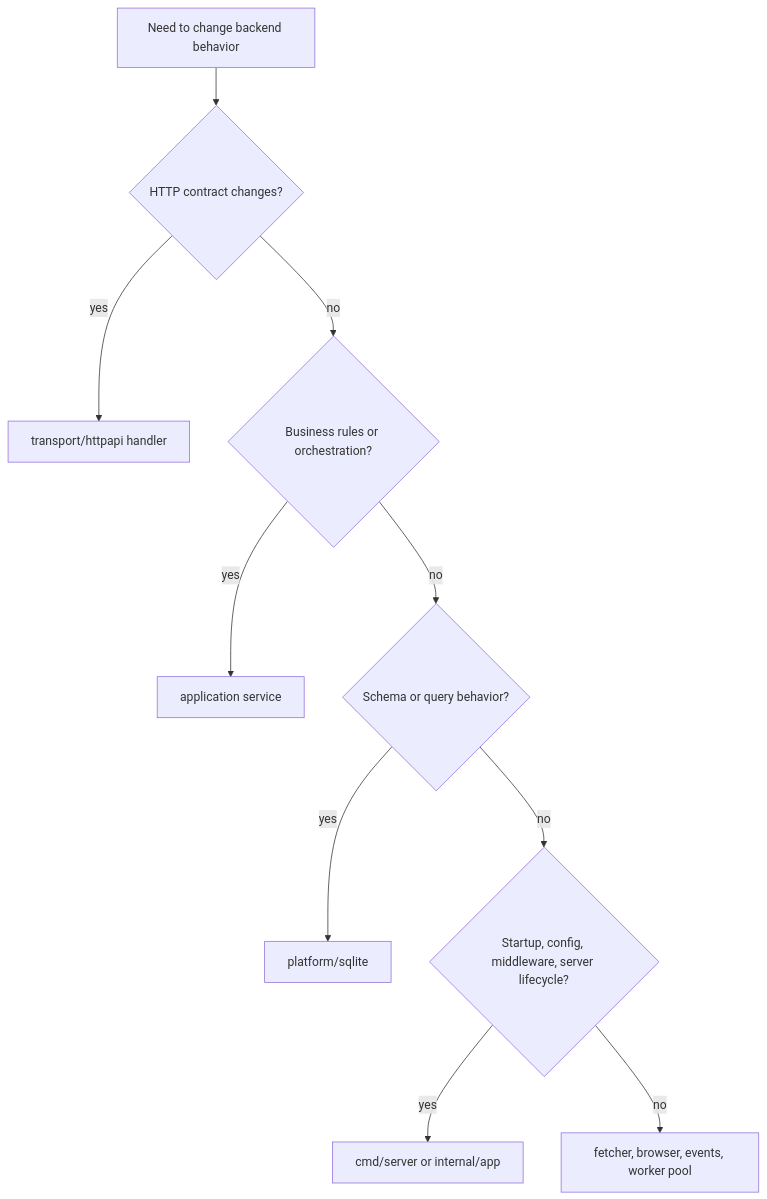
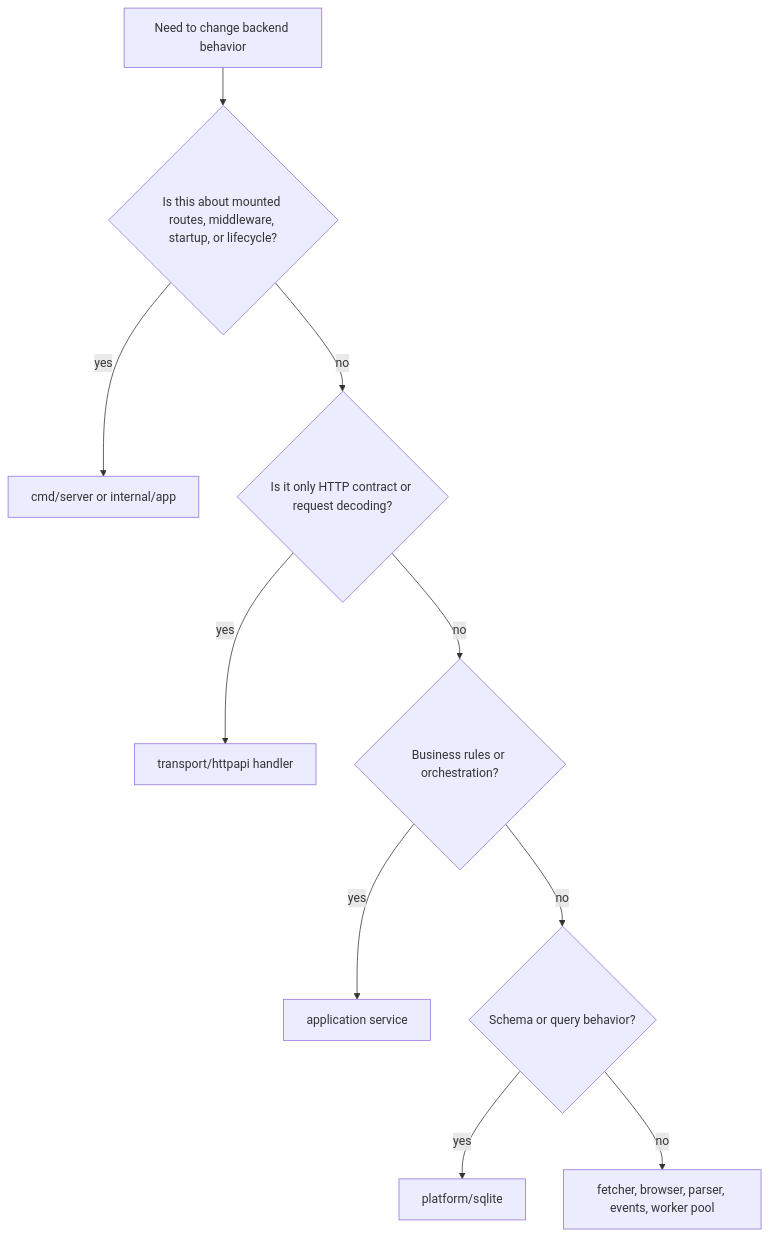
The diagram in server/docs/maintenance.md (tesfayecf/nido), drawn with Mermaid before and after one commit. The commit also changed other lines of this file and 114 other files, not shown here.

````diff
--- a/server/docs/maintenance.md
+++ b/server/docs/maintenance.md
@@ -27,12 +17,12 @@
 ```mermaid
 flowchart TD
-    Change[Need to change backend behavior] --> Http{HTTP contract changes?}
+    Change[Need to change backend behavior] --> Mounted{Is this about mounted routes, middleware, startup, or lifecycle?}
+    Mounted -- yes --> Runtime[cmd/server or internal/app]
+    Mounted -- no --> Http{Is it only HTTP contract or request decoding?}
     Http -- yes --> Transport[transport/httpapi handler]
     Http -- no --> Domain{Business rules or orchestration?}
     Domain -- yes --> App[application service]
     Domain -- no --> Persist{Schema or query behavior?}
     Persist -- yes --> Store[platform/sqlite]
-    Persist -- no --> Runtime{Startup, config, middleware, server lifecycle?}
-    Runtime -- yes --> Root[cmd/server or internal/app]
-    Runtime -- no --> Infra[fetcher, browser, events, worker pool]
+    Persist -- no --> Infra[fetcher, browser, parser, events, worker pool]
 ```
````
